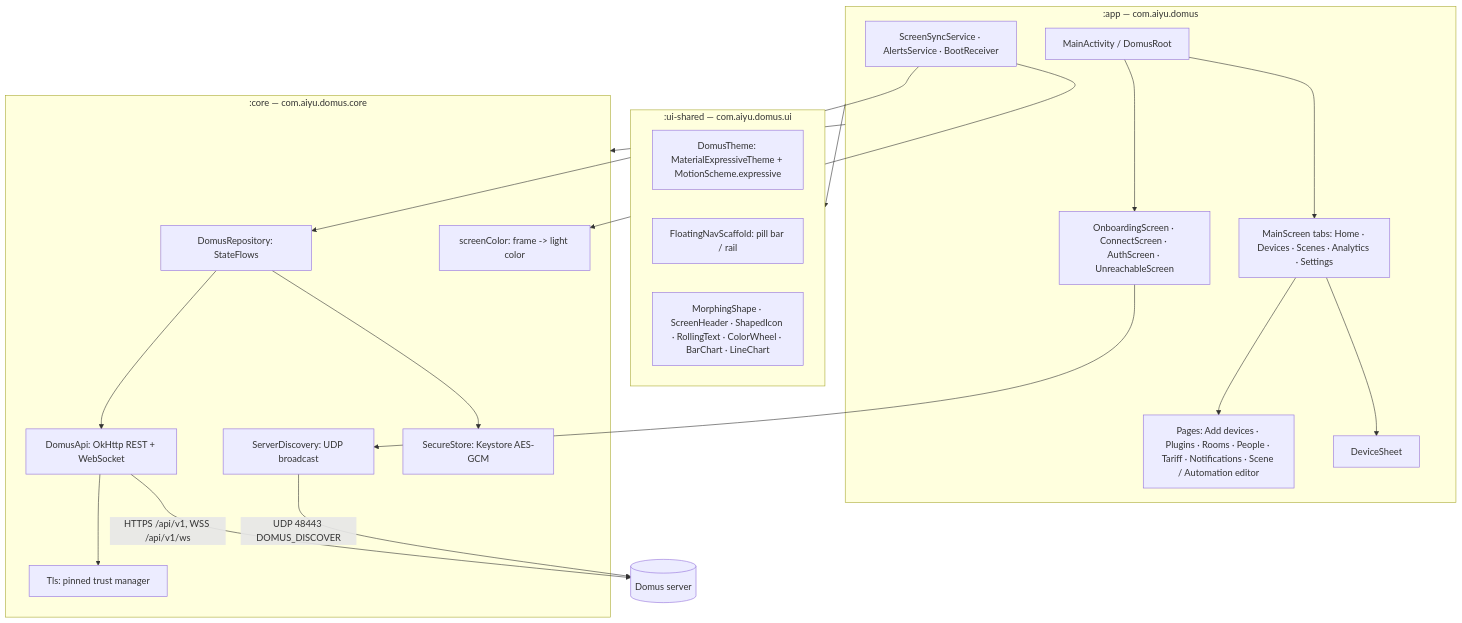
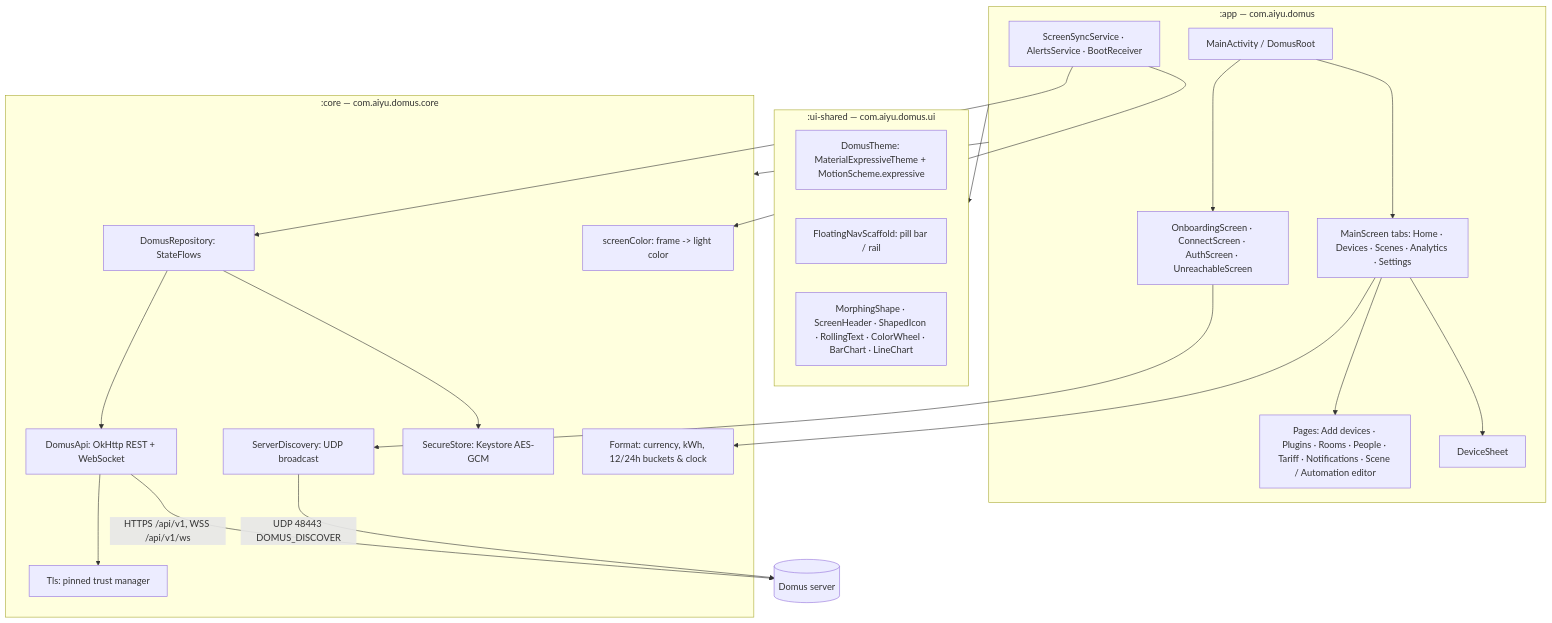
The first of 3 diagrams in development/docs/ANDROID_APP.md (aiyu-ayaan/Domus), drawn with Mermaid before and after one commit. The commit also changed other lines of this file and 14 other files, not shown here.

````diff
--- a/development/docs/ANDROID_APP.md
+++ b/development/docs/ANDROID_APP.md
@@ -10,35 +10,36 @@
 ```mermaid
 flowchart TD
     subgraph app[":app — com.aiyu.domus"]
         MA[MainActivity / DomusRoot]
         CS[OnboardingScreen · ConnectScreen · AuthScreen · UnreachableScreen]
         MS[MainScreen tabs: Home · Devices · Scenes · Analytics · Settings]
         PG[Pages: Add devices · Plugins · Rooms · People · Tariff · Notifications · Scene / Automation editor]
         DS[DeviceSheet]
         SV[ScreenSyncService · AlertsService · BootReceiver]
     end
     subgraph ui[":ui-shared — com.aiyu.domus.ui"]
         TH[DomusTheme: MaterialExpressiveTheme + MotionScheme.expressive]
         NAV[FloatingNavScaffold: pill bar / rail]
         CMP[MorphingShape · ScreenHeader · ShapedIcon · RollingText · ColorWheel · BarChart · LineChart]
     end
     subgraph core[":core — com.aiyu.domus.core"]
         REPO[DomusRepository: StateFlows]
         API[DomusApi: OkHttp REST + WebSocket]
         TLS[Tls: pinned trust manager]
         DISC[ServerDiscovery: UDP broadcast]
         STORE[SecureStore: Keystore AES-GCM]
         COL[screenColor: frame -> light color]
+        FMT[Format: currency, kWh, 12/24h buckets & clock]
     end
     MA --> CS & MS
-    MS --> DS & PG
+    MS --> DS & PG & FMT
     SV --> REPO
     SV --> COL
     app --> ui
     app --> core
     REPO --> API --> TLS
     REPO --> STORE
     CS --> DISC
     API -- "HTTPS /api/v1, WSS /api/v1/ws" --> SRV[(Domus server)]
     DISC -- "UDP 48443 DOMUS_DISCOVER" --> SRV
 ```
````
